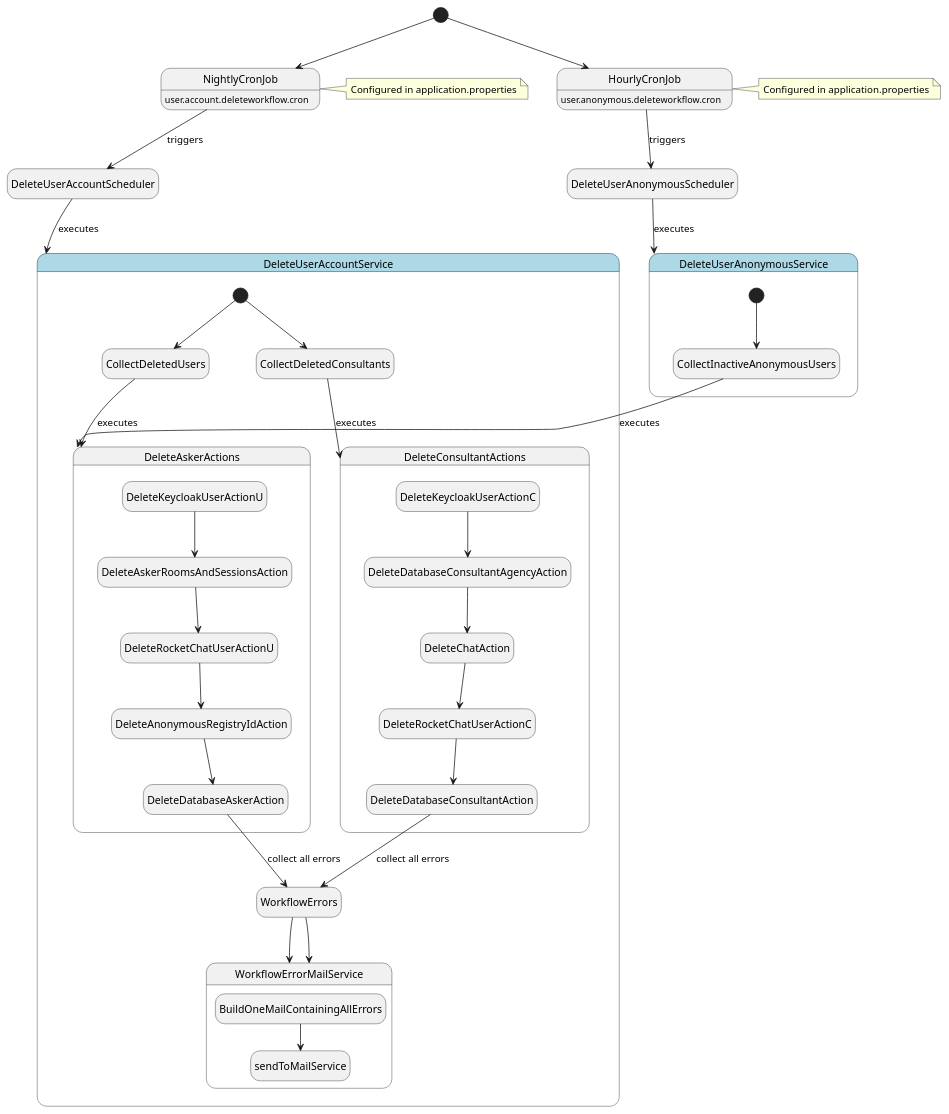
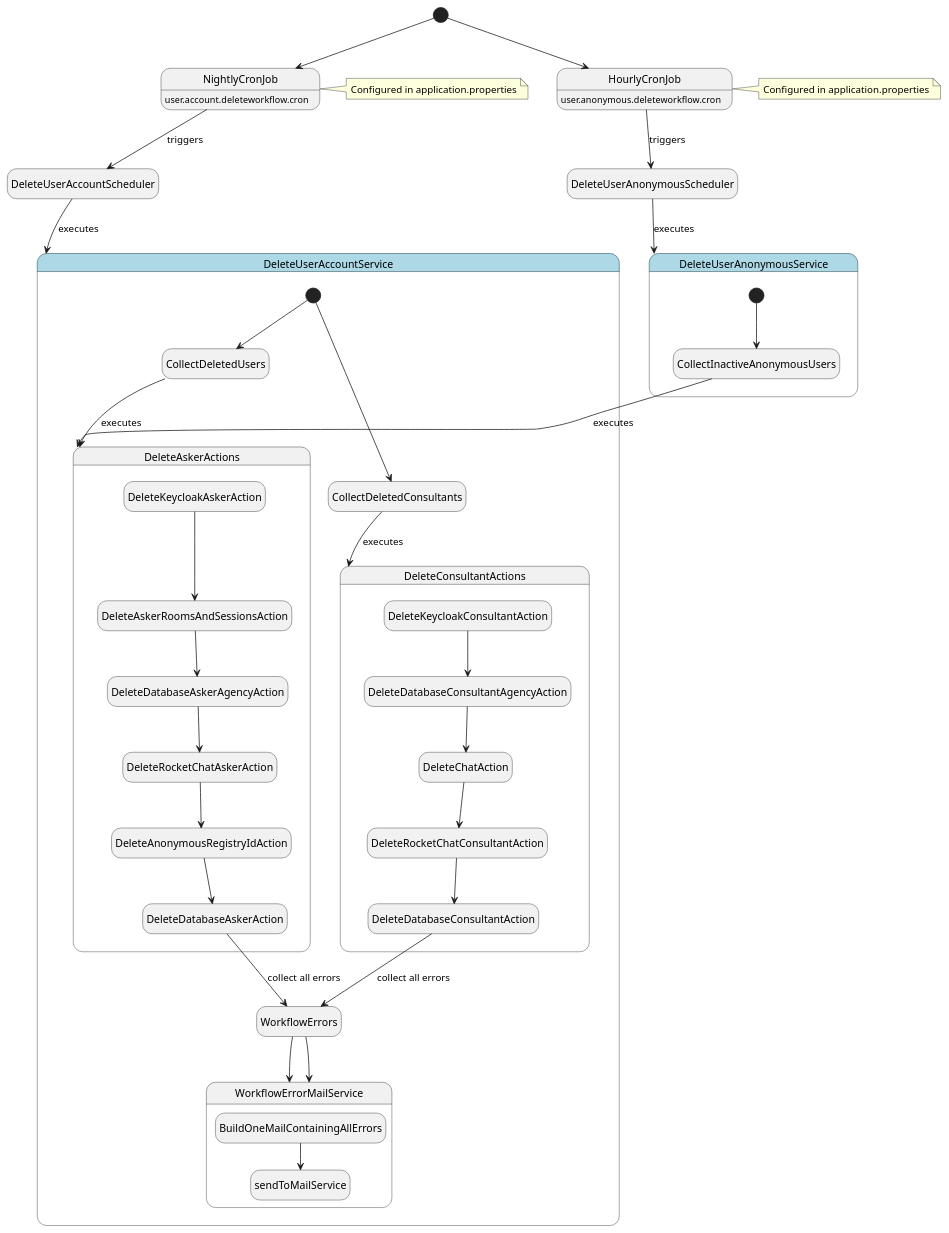
Before and after one commit to Onlineberatung/onlineBeratung-userService: the diagram in documentation/User_Account_Deletion_Workflow.puml, drawn with PlantUML. The commit also changed 33 other files, not shown here.

Commit message:
feat: user new action infrastructure also for delete workflow actions

```diff
--- a/documentation/User_Account_Deletion_Workflow.puml
+++ b/documentation/User_Account_Deletion_Workflow.puml
@@ -3,52 +3,53 @@
 @startuml
 hide empty description
 
 [*] --> NightlyCronJob
 [*] --> HourlyCronJob
 
 NightlyCronJob : user.account.deleteworkflow.cron
 NightlyCronJob --> DeleteUserAccountScheduler : triggers
 
 HourlyCronJob : user.anonymous.deleteworkflow.cron
 HourlyCronJob --> DeleteUserAnonymousScheduler : triggers
 
 note right of NightlyCronJob : Configured in application.properties
 note right of HourlyCronJob : Configured in application.properties
 
 DeleteUserAccountScheduler --> DeleteUserAccountService : executes
 DeleteUserAnonymousScheduler --> DeleteUserAnonymousService : executes
 
 state DeleteUserAccountService #lightblue {
   [*] --> CollectDeletedUsers
   CollectDeletedUsers --> DeleteAskerActions : executes
   [*] --> CollectDeletedConsultants
   CollectDeletedConsultants --> DeleteConsultantActions : executes
   WorkflowErrors --> WorkflowErrorMailService
 
   state DeleteAskerActions {
-    DeleteKeycloakUserActionU --> DeleteAskerRoomsAndSessionsAction
-    DeleteAskerRoomsAndSessionsAction --> DeleteRocketChatUserActionU
-    DeleteRocketChatUserActionU --> DeleteAnonymousRegistryIdAction
+    DeleteKeycloakAskerAction --> DeleteAskerRoomsAndSessionsAction
+    DeleteAskerRoomsAndSessionsAction --> DeleteDatabaseAskerAgencyAction
+    DeleteDatabaseAskerAgencyAction --> DeleteRocketChatAskerAction
+    DeleteRocketChatAskerAction --> DeleteAnonymousRegistryIdAction
     DeleteAnonymousRegistryIdAction --> DeleteDatabaseAskerAction
     DeleteDatabaseAskerAction --> WorkflowErrors : collect all errors
   }
 
   state DeleteConsultantActions {
-      DeleteKeycloakUserActionC --> DeleteDatabaseConsultantAgencyAction
+      DeleteKeycloakConsultantAction --> DeleteDatabaseConsultantAgencyAction
       DeleteDatabaseConsultantAgencyAction --> DeleteChatAction
-      DeleteChatAction --> DeleteRocketChatUserActionC
-      DeleteRocketChatUserActionC --> DeleteDatabaseConsultantAction
+      DeleteChatAction --> DeleteRocketChatConsultantAction
+      DeleteRocketChatConsultantAction --> DeleteDatabaseConsultantAction
       DeleteDatabaseConsultantAction  --> WorkflowErrors : collect all errors
   }
 }
 
 state WorkflowErrorMailService {
   BuildOneMailContainingAllErrors --> sendToMailService
 }
 
 state DeleteUserAnonymousService #lightblue {
   [*] --> CollectInactiveAnonymousUsers
   CollectInactiveAnonymousUsers --> DeleteAskerActions : executes
   WorkflowErrors --> WorkflowErrorMailService
 }
 @enduml
```
